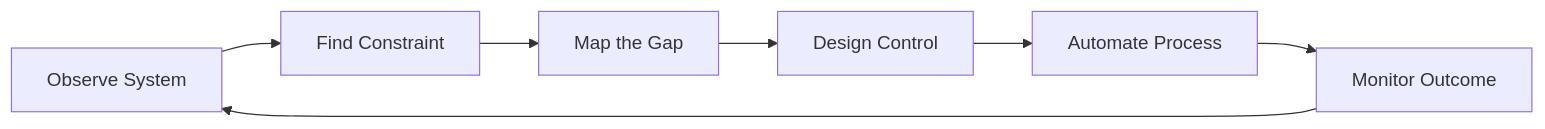
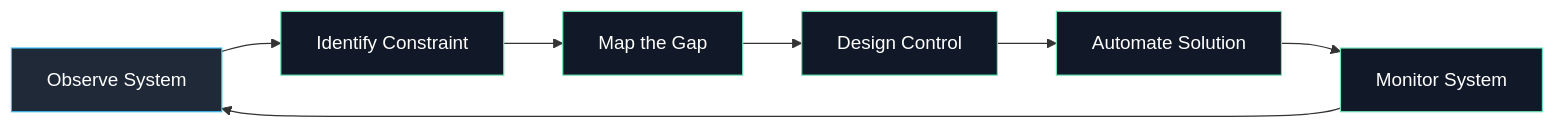
Before and after one commit to davidcockson-compliance/davidcockson-compliance: the first of 2 diagrams in README.md, drawn with Mermaid. The commit also changed other lines of this file, not shown here.

````diff
--- a/README.md
+++ b/README.md
@@ -71,10 +70,15 @@
 ```mermaid
 flowchart LR
 
-A[Observe System] --> B[Find Constraint]
+A[Observe System]:::start --> B[Identify Constraint]
 B --> C[Map the Gap]
 C --> D[Design Control]
-D --> E[Automate Process]
-E --> F[Monitor Outcome]
+D --> E[Automate Solution]
+E --> F[Monitor System]
 F --> A
+
+classDef start fill:#1f2937,stroke:#38bdf8,color:#ffffff;
+classDef process fill:#111827,stroke:#6ee7b7,color:#ffffff;
+
+class B,C,D,E,F process;
 ```
````
